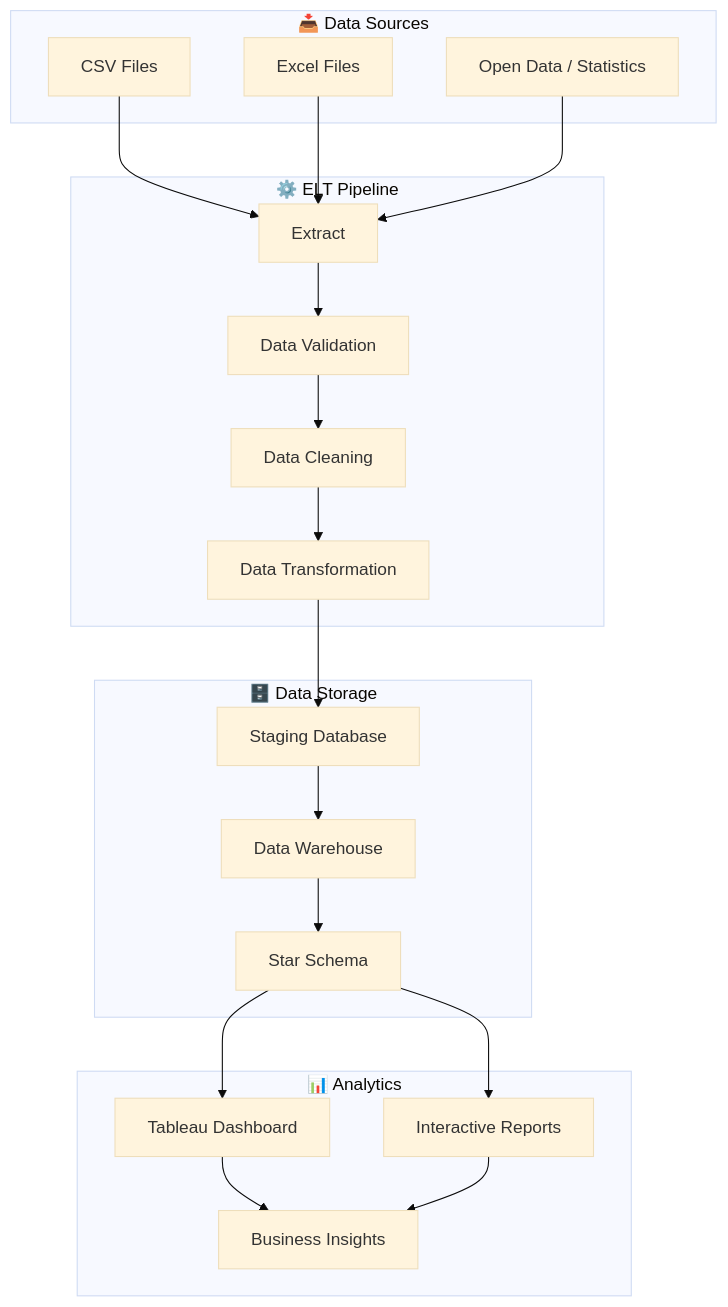
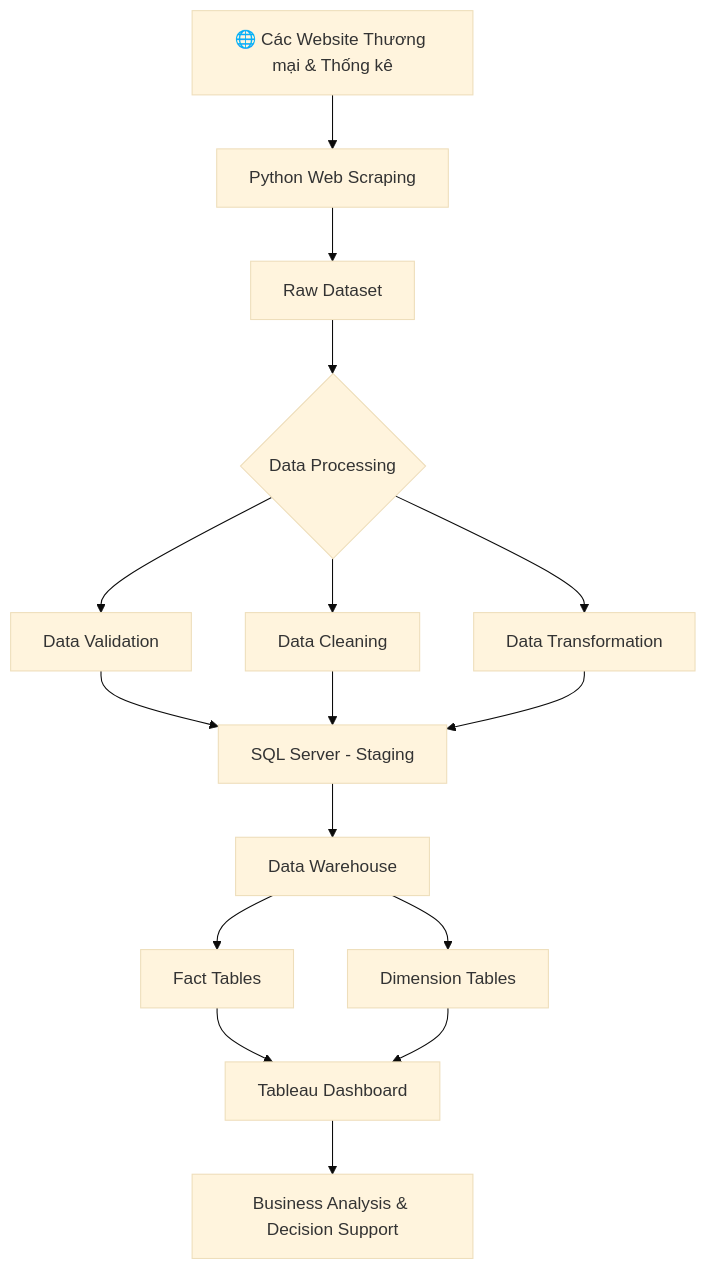
One commit to hien20062006/Infinity-Code_DATN changed the diagram in README.md. Above: the diagram before and after it, drawn with Mermaid (base theme).

````diff
--- a/README.md
+++ b/README.md
@@ -9,45 +9,27 @@
 ```mermaid
-flowchart TB
+flowchart TD
 
-subgraph S1["📥 Data Sources"]
-A1["CSV Files"]
-A2["Excel Files"]
-A3["Open Data / Statistics"]
-end
+A["🌐 Các Website Thương mại & Thống kê"] --> B["Python Web Scraping"]
 
-subgraph S2["⚙️ ELT Pipeline"]
-B1["Extract"]
-B2["Data Validation"]
-B3["Data Cleaning"]
-B4["Data Transformation"]
-end
+B --> C["Raw Dataset"]
 
-subgraph S3["🗄️ Data Storage"]
-C1["Staging Database"]
-C2["Data Warehouse"]
-C3["Star Schema"]
-end
+C --> D{"Data Processing"}
 
-subgraph S4["📊 Analytics"]
-D1["Tableau Dashboard"]
-D2["Interactive Reports"]
-D3["Business Insights"]
-end
+D --> D1["Data Validation"]
+D --> D2["Data Cleaning"]
+D --> D3["Data Transformation"]
 
-A1 --> B1
-A2 --> B1
-A3 --> B1
+D1 --> E["SQL Server - Staging"]
+D2 --> E
+D3 --> E
 
-B1 --> B2
-B2 --> B3
-B3 --> B4
+E --> F["Data Warehouse"]
 
-B4 --> C1
-C1 --> C2
-C2 --> C3
+F --> G["Fact Tables"]
+F --> H["Dimension Tables"]
 
-C3 --> D1
-C3 --> D2
-D1 --> D3
-D2 --> D3
+G --> I["Tableau Dashboard"]
+H --> I
+
+I --> J["Business Analysis & Decision Support"]
 ```
````
